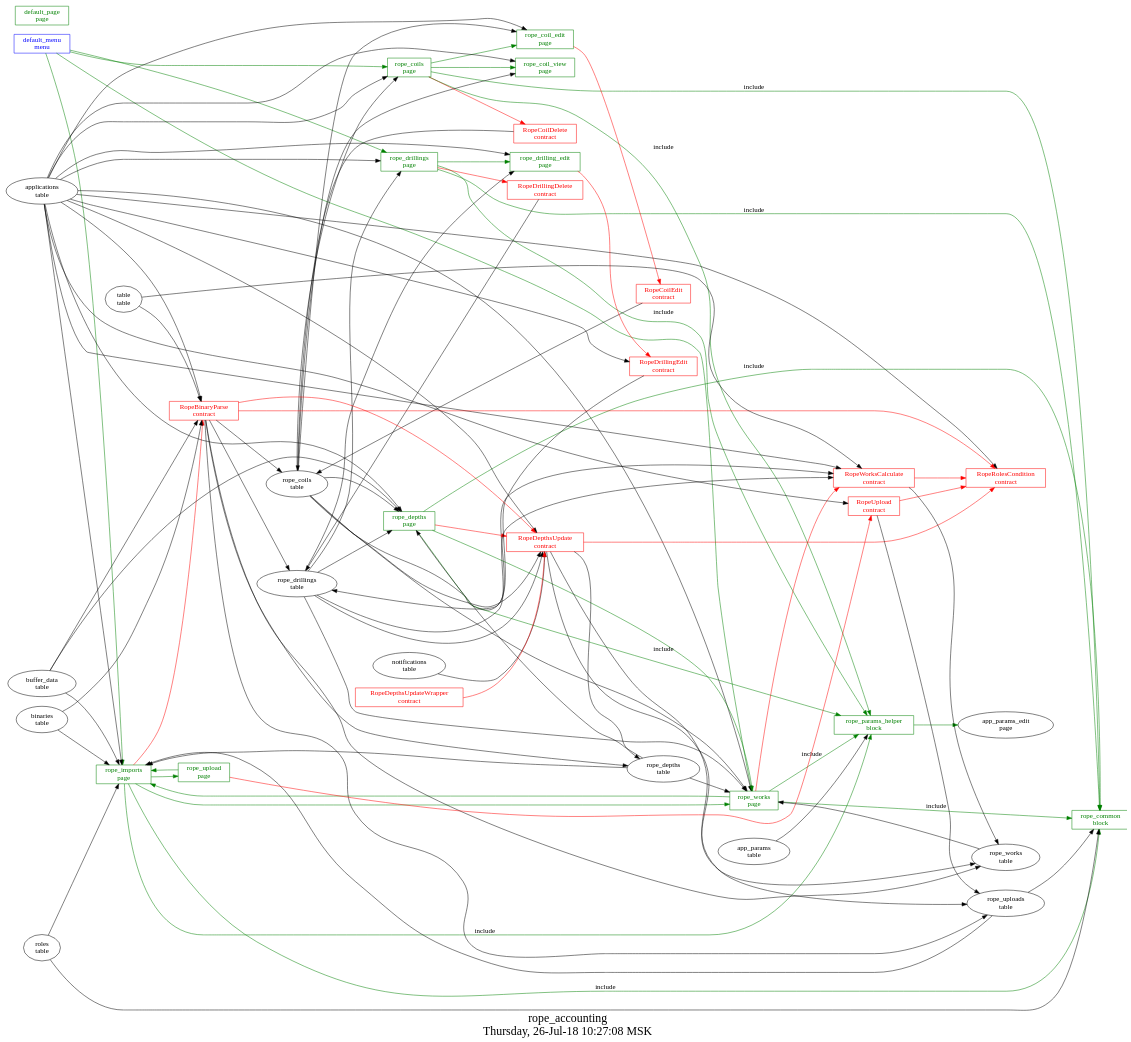
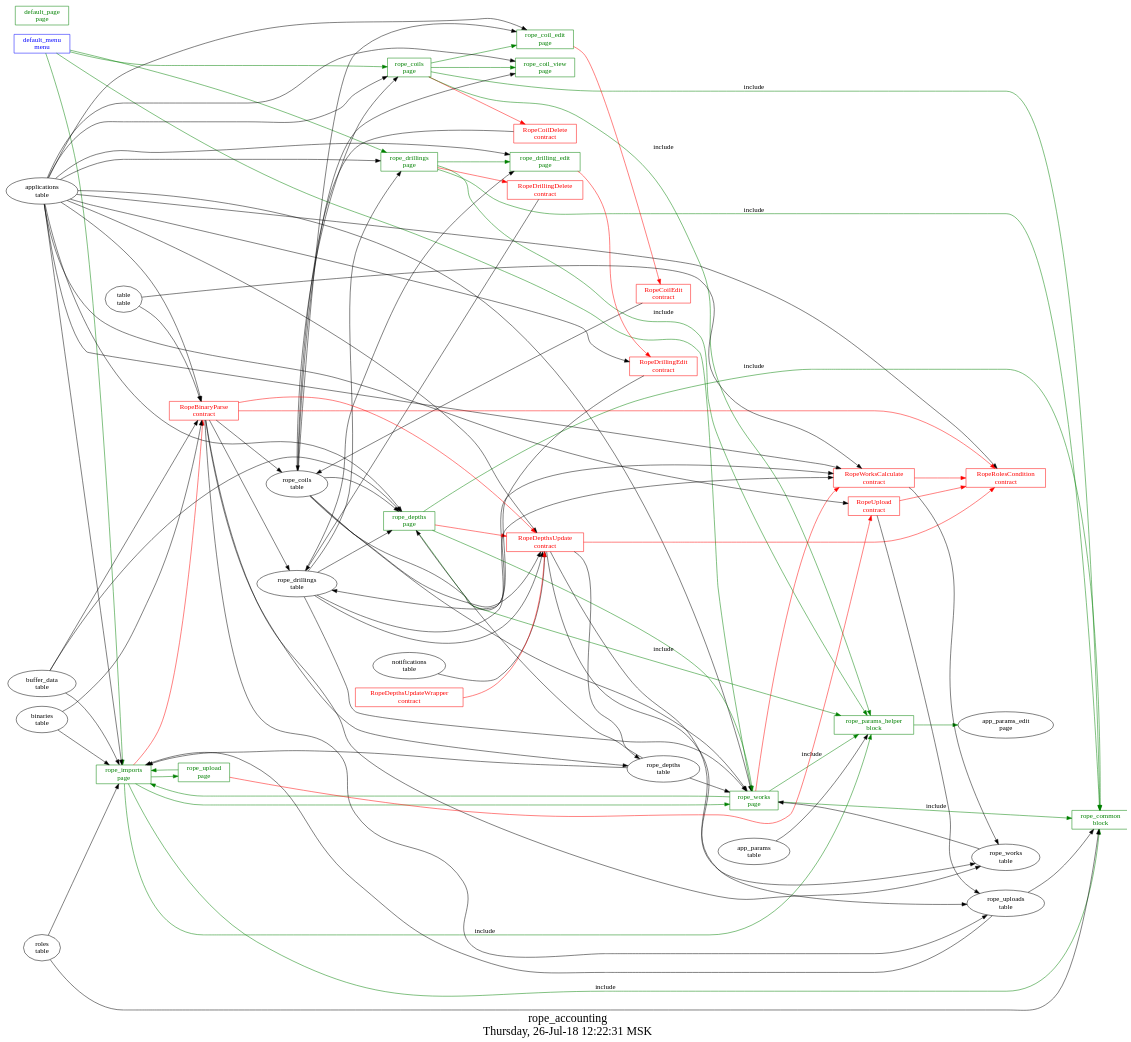
Before and after one commit to AplaProject/apps: the diagram in src/rope_accounting/struct.dot, drawn with Graphviz. The commit also changed 4 other files, not shown here.

```diff
--- a/src/rope_accounting/struct.dot
+++ b/src/rope_accounting/struct.dot
@@ -1,133 +1,133 @@
 digraph G {
 graph [
   fontsize="24";
-  label="rope_accounting\nThursday, 26-Jul-18 10:27:08 MSK";
+  label="rope_accounting\nThursday, 26-Jul-18 12:22:31 MSK";
   nojustify=true;
   ordering=out;
   rankdir=LR;
   size="30";
 ];
 "default_menu\nmenu" -> "rope_imports\npage"  [ color=green ]
 "default_menu\nmenu" -> "rope_works\npage"  [ color=green ]
 "default_menu\nmenu" -> "rope_drillings\npage"  [ color=green ]
 "default_menu\nmenu" -> "rope_coils\npage"  [ color=green ]
 "default_menu\nmenu" [color=blue, fontcolor=blue, group=menus, shape=record];
 "default_page\npage" [color=green, fontcolor=green, group=pages, shape=record];
 "rope_coil_edit\npage" -> "RopeCoilEdit\ncontract"  [ color=red ]
 "applications\ntable" -> "rope_coil_edit\npage"
 "rope_coils\ntable" -> "rope_coil_edit\npage"
 "rope_coil_edit\npage" [color=green, fontcolor=green, group=pages, shape=record];
 "applications\ntable" -> "rope_coil_view\npage"
 "rope_coils\ntable" -> "rope_coil_view\npage"
 "rope_coil_view\npage" [color=green, fontcolor=green, group=pages, shape=record];
 "rope_coils\npage" -> "RopeCoilDelete\ncontract"  [ color=red ]
 "applications\ntable" -> "rope_coils\npage"
 "rope_coils\ntable" -> "rope_coils\npage"
 "rope_coils\npage" -> "rope_coil_edit\npage"  [ color=green ]
 "rope_coils\npage" -> "rope_coil_view\npage"  [ color=green ]
 "rope_coils\npage" -> "rope_common\nblock"  [ color=green, label=include ]
 "rope_coils\npage" -> "rope_params_helper\nblock"  [ color=green, label=include ]
 "rope_coils\npage" [color=green, fontcolor=green, group=pages, shape=record];
 "rope_depths\npage" -> "RopeDepthsUpdate\ncontract"  [ color=red ]
 "applications\ntable" -> "rope_depths\npage"
 "rope_depths\ntable" -> "rope_depths\npage"
 "rope_drillings\ntable" -> "rope_depths\npage"
 "rope_coils\ntable" -> "rope_depths\npage"
 "buffer_data\ntable" -> "rope_depths\npage"
 "rope_depths\npage" -> "rope_works\npage"  [ color=green ]
 "rope_depths\npage" -> "rope_common\nblock"  [ color=green, label=include ]
 "rope_depths\npage" -> "rope_params_helper\nblock"  [ color=green, label=include ]
 "rope_depths\npage" [color=green, fontcolor=green, group=pages, shape=record];
 "rope_drilling_edit\npage" -> "RopeDrillingEdit\ncontract"  [ color=red ]
 "applications\ntable" -> "rope_drilling_edit\npage"
 "rope_drillings\ntable" -> "rope_drilling_edit\npage"
 "rope_drilling_edit\npage" [color=green, fontcolor=green, group=pages, shape=record];
 "rope_drillings\npage" -> "RopeDrillingDelete\ncontract"  [ color=red ]
 "applications\ntable" -> "rope_drillings\npage"
 "rope_drillings\ntable" -> "rope_drillings\npage"
 "rope_drillings\npage" -> "rope_drilling_edit\npage"  [ color=green ]
 "rope_drillings\npage" -> "rope_common\nblock"  [ color=green, label=include ]
 "rope_drillings\npage" -> "rope_params_helper\nblock"  [ color=green, label=include ]
 "rope_drillings\npage" [color=green, fontcolor=green, group=pages, shape=record];
 "rope_imports\npage" -> "RopeBinaryParse\ncontract"  [ color=red ]
 "applications\ntable" -> "rope_imports\npage"
 "roles\ntable" -> "rope_imports\npage"
 "rope_uploads\ntable" -> "rope_imports\npage"
 "binaries\ntable" -> "rope_imports\npage"
 "rope_depths\ntable" -> "rope_imports\npage"
 "buffer_data\ntable" -> "rope_imports\npage"
 "rope_imports\npage" -> "rope_upload\npage"  [ color=green ]
 "rope_imports\npage" -> "rope_works\npage"  [ color=green ]
 "rope_imports\npage" -> "rope_common\nblock"  [ color=green, label=include ]
 "rope_imports\npage" -> "rope_params_helper\nblock"  [ color=green, label=include ]
 "rope_imports\npage" [color=green, fontcolor=green, group=pages, shape=record];
 "rope_upload\npage" -> "RopeUpload\ncontract"  [ color=red ]
 "rope_upload\npage" -> "rope_imports\npage"  [ color=green ]
 "rope_upload\npage" [color=green, fontcolor=green, group=pages, shape=record];
 "rope_works\npage" -> "RopeWorksCalculate\ncontract"  [ color=red ]
 "applications\ntable" -> "rope_works\npage"
 "rope_works\ntable" -> "rope_works\npage"
 "rope_drillings\ntable" -> "rope_works\npage"
 "rope_coils\ntable" -> "rope_works\npage"
 "rope_depths\ntable" -> "rope_works\npage"
 "rope_works\npage" -> "rope_imports\npage"  [ color=green ]
 "rope_works\npage" -> "rope_common\nblock"  [ color=green, label=include ]
 "rope_works\npage" -> "rope_params_helper\nblock"  [ color=green, label=include ]
 "rope_works\npage" [color=green, fontcolor=green, group=pages, shape=record];
 "roles\ntable" -> "rope_common\nblock"
 "rope_uploads\ntable" -> "rope_common\nblock"
 "rope_common\nblock" [color=green, fontcolor=green, group=blocks, shape=record];
 "app_params\ntable" -> "rope_params_helper\nblock"
 "rope_params_helper\nblock" -> "app_params_edit\npage"  [ color=green ]
 "rope_params_helper\nblock" [color=green, fontcolor=green, group=blocks, shape=record];
 "RopeBinaryParse\ncontract" -> "RopeDepthsUpdate\ncontract"  [ color=red ]
 "RopeBinaryParse\ncontract" -> "RopeRolesCondition\ncontract"  [ color=red ]
 "RopeBinaryParse\ncontract" -> "rope_coils\ntable"  [ color="" ]
 "RopeBinaryParse\ncontract" -> "rope_drillings\ntable"  [ color="" ]
 "RopeBinaryParse\ncontract" -> "rope_works\ntable"  [ color="" ]
 "RopeBinaryParse\ncontract" -> "rope_depths\ntable"  [ color="" ]
 "RopeBinaryParse\ncontract" -> "rope_uploads\ntable"  [ color="" ]
 "table\ntable" -> "RopeBinaryParse\ncontract"
 "buffer_data\ntable" -> "RopeBinaryParse\ncontract"
 "binaries\ntable" -> "RopeBinaryParse\ncontract"
 "applications\ntable" -> "RopeBinaryParse\ncontract"
 "RopeBinaryParse\ncontract" [color=red, fontcolor=red, group=contracts, shape=record];
 "RopeCoilDelete\ncontract" -> "rope_coils\ntable"  [ color="" ]
 "RopeCoilDelete\ncontract" [color=red, fontcolor=red, group=contracts, shape=record];
 "RopeCoilEdit\ncontract" -> "rope_coils\ntable"  [ color="" ]
 "RopeCoilEdit\ncontract" [color=red, fontcolor=red, group=contracts, shape=record];
 "RopeDepthsUpdate\ncontract" -> "RopeRolesCondition\ncontract"  [ color=red ]
 "RopeDepthsUpdate\ncontract" -> "rope_uploads\ntable"  [ color="" ]
 "RopeDepthsUpdate\ncontract" -> "rope_works\ntable"  [ color="" ]
 "RopeDepthsUpdate\ncontract" -> "rope_depths\ntable"  [ color="" ]
 "notifications\ntable" -> "RopeDepthsUpdate\ncontract"
 "rope_drillings\ntable" -> "RopeDepthsUpdate\ncontract"
 "rope_coils\ntable" -> "RopeDepthsUpdate\ncontract"
 "applications\ntable" -> "RopeDepthsUpdate\ncontract"
 "RopeDepthsUpdate\ncontract" [color=red, fontcolor=red, group=contracts, shape=record];
 "RopeDepthsUpdateWrapper\ncontract" -> "RopeDepthsUpdate\ncontract"  [ color=red ]
 "RopeDepthsUpdateWrapper\ncontract" [color=red, fontcolor=red, group=contracts, shape=record];
 "RopeDrillingDelete\ncontract" -> "rope_drillings\ntable"  [ color="" ]
 "RopeDrillingDelete\ncontract" [color=red, fontcolor=red, group=contracts, shape=record];
 "RopeDrillingEdit\ncontract" -> "rope_drillings\ntable"  [ color="" ]
 "applications\ntable" -> "RopeDrillingEdit\ncontract"
 "RopeDrillingEdit\ncontract" [color=red, fontcolor=red, group=contracts, shape=record];
 "applications\ntable" -> "RopeRolesCondition\ncontract"
 "RopeRolesCondition\ncontract" [color=red, fontcolor=red, group=contracts, shape=record];
 "RopeUpload\ncontract" -> "RopeRolesCondition\ncontract"  [ color=red ]
 "RopeUpload\ncontract" -> "rope_uploads\ntable"  [ color="" ]
 "applications\ntable" -> "RopeUpload\ncontract"
 "RopeUpload\ncontract" [color=red, fontcolor=red, group=contracts, shape=record];
 "RopeWorksCalculate\ncontract" -> "RopeRolesCondition\ncontract"  [ color=red ]
 "RopeWorksCalculate\ncontract" -> "rope_works\ntable"  [ color="" ]
 "table\ntable" -> "RopeWorksCalculate\ncontract"
 "applications\ntable" -> "RopeWorksCalculate\ncontract"
 "rope_coils\ntable" -> "RopeWorksCalculate\ncontract"
 "rope_drillings\ntable" -> "RopeWorksCalculate\ncontract"
 "RopeWorksCalculate\ncontract" [color=red, fontcolor=red, group=contracts, shape=record];
 "rope_coils\ntable" [color="", fontcolor="", group=tables, shape=""];
 "rope_depths\ntable" [color="", fontcolor="", group=tables, shape=""];
 "rope_drillings\ntable" [color="", fontcolor="", group=tables, shape=""];
 "rope_uploads\ntable" [color="", fontcolor="", group=tables, shape=""];
 "rope_works\ntable" [color="", fontcolor="", group=tables, shape=""];
 }
```
